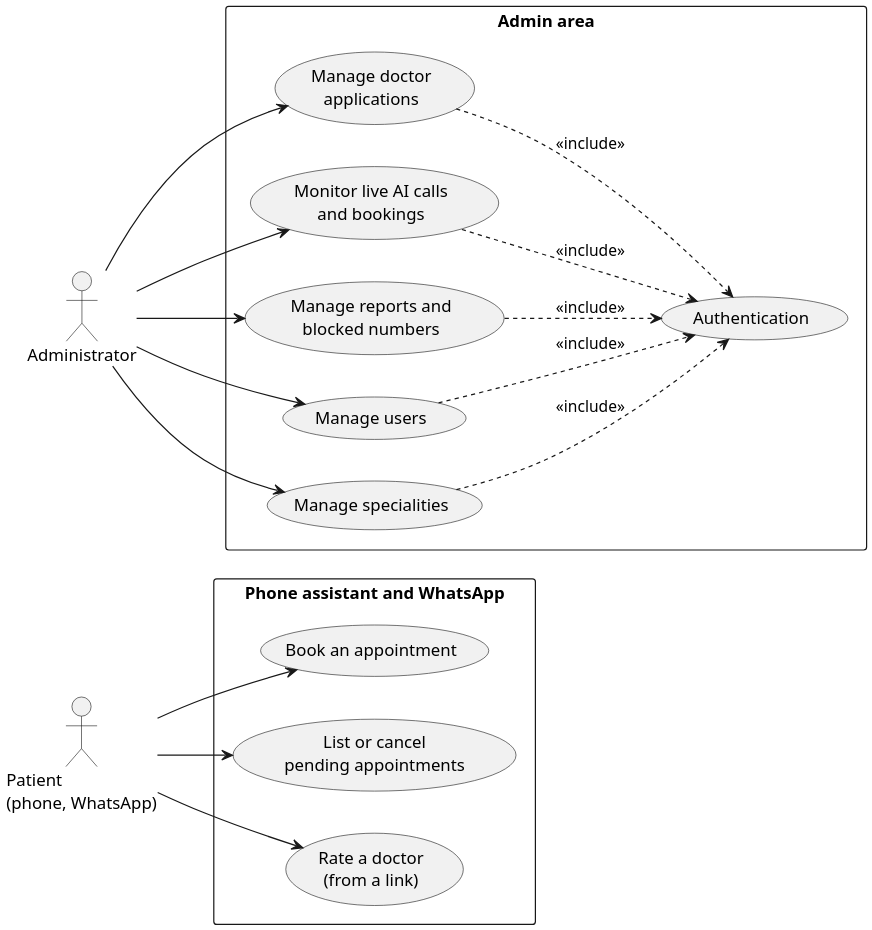
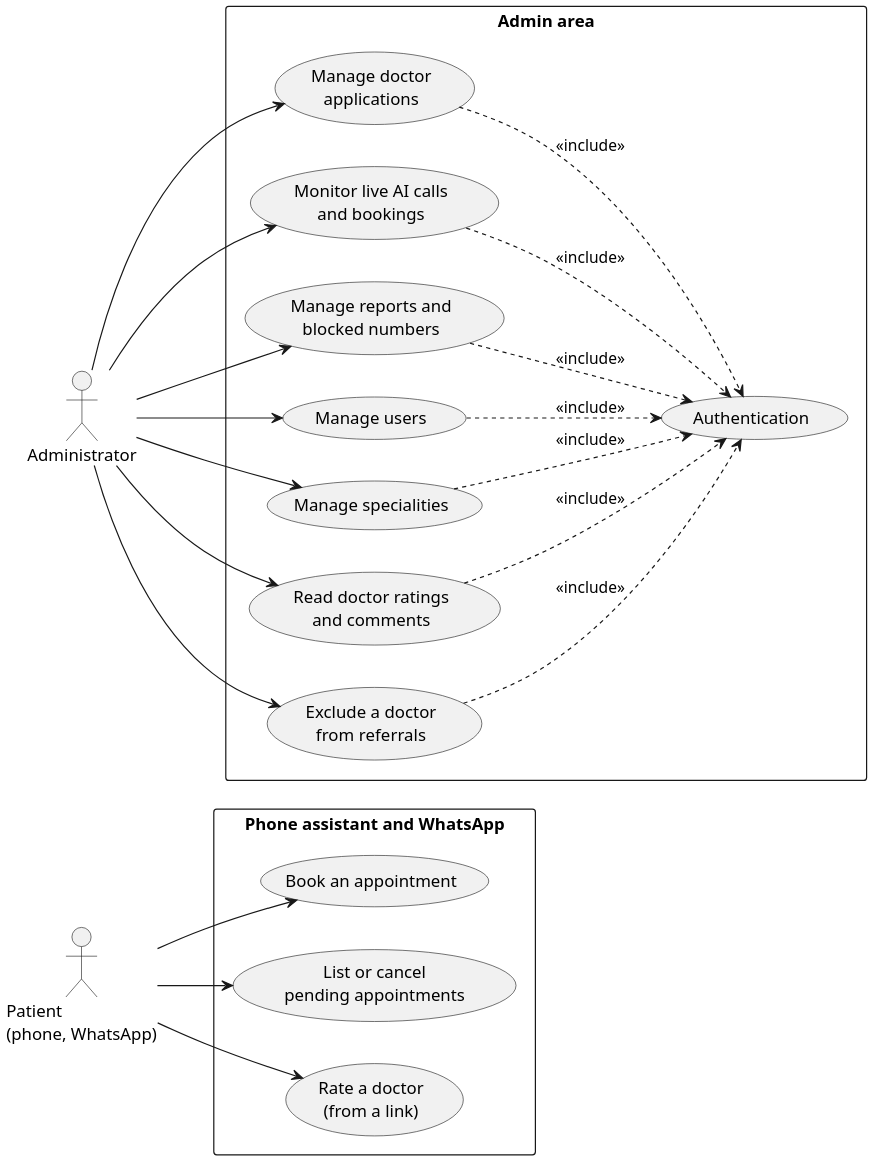
One commit to AtriOmar/riaya-report changed the diagram in images/diagrams/src/use_case_patient_admin.puml. Above: the diagram before and after it, drawn with PlantUML. The commit also changed 16 other files, not shown here.

```diff
--- a/images/diagrams/src/use_case_patient_admin.puml
+++ b/images/diagrams/src/use_case_patient_admin.puml
@@ -1,38 +1,44 @@
 @startuml use_case_patient_admin
 left to right direction
 skinparam dpi 192
 
 actor "Patient\n(phone, WhatsApp)" as P
 actor "Administrator" as A
 
 rectangle "Phone assistant and WhatsApp" {
   usecase "Book an appointment" as P1
   usecase "List or cancel\npending appointments" as P4
   usecase "Rate a doctor\n(from a link)" as P5
 }
 rectangle "Admin area" {
   usecase "Authentication" as AUTH
 
   usecase "Manage doctor\napplications" as A1
   usecase "Monitor live AI calls\nand bookings" as A2
   usecase "Manage reports and\nblocked numbers" as A3
   usecase "Manage users" as A4
   usecase "Manage specialities" as A5
+  usecase "Read doctor ratings\nand comments" as A6
+  usecase "Exclude a doctor\nfrom referrals" as A7
 }
 
 P --> P1
 P --> P4
 P --> P5
 
 A --> A1
 A --> A2
 A --> A3
 A --> A4
 A --> A5
+A --> A6
+A --> A7
 
 A1 ..> AUTH : <<include>>
 A2 ..> AUTH : <<include>>
 A3 ..> AUTH : <<include>>
 A4 ..> AUTH : <<include>>
 A5 ..> AUTH : <<include>>
+A6 ..> AUTH : <<include>>
+A7 ..> AUTH : <<include>>
 @enduml
```
